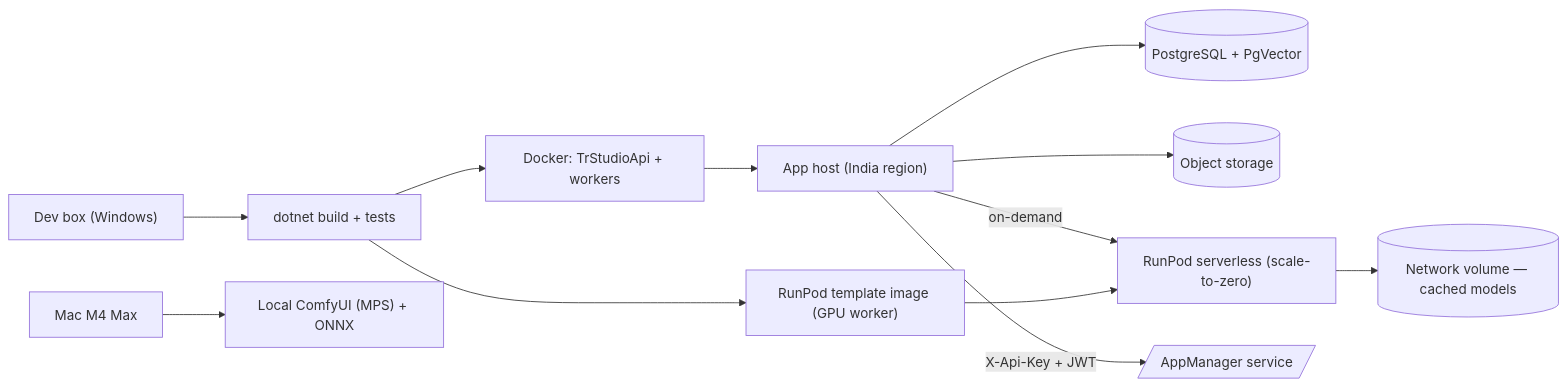
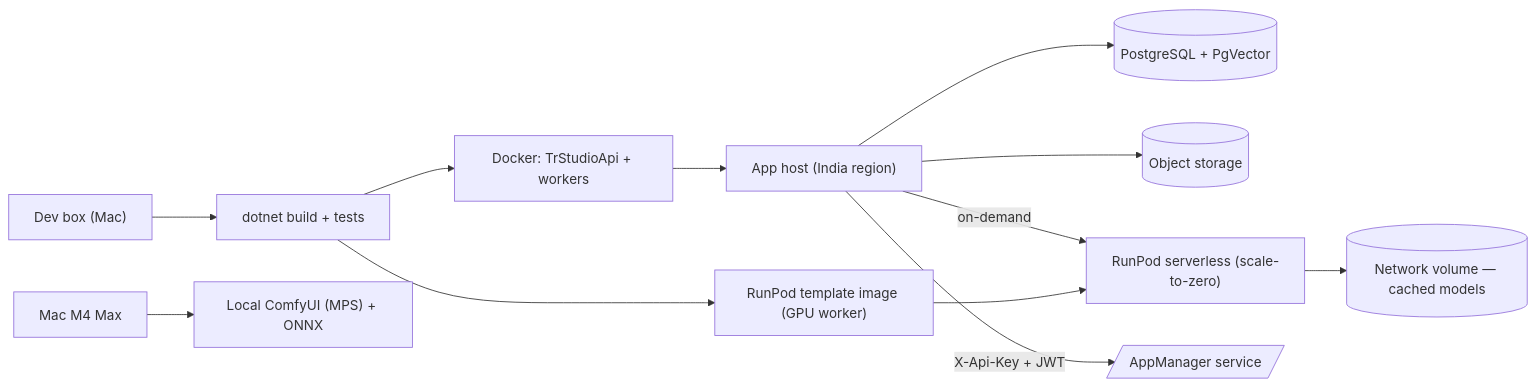
One commit to techierathore/TrStudio changed the ninth of 9 diagrams in docs/TrStudio-Architecture.md. Above: the diagram before and after it, drawn with Mermaid. The commit also changed other lines of this file and 197 other files, not shown here.

````diff
--- a/docs/TrStudio-Architecture.md
+++ b/docs/TrStudio-Architecture.md
@@ -543,14 +528,14 @@
 ```mermaid
 flowchart LR
-  Dev["Dev box (Windows)"] --> Build["dotnet build + tests"]
+  Dev["Dev box (Mac)"] --> Build["dotnet build + tests"]
   Build --> ApiImg["Docker: TrStudioApi + workers"]
   Build --> WorkerImg["RunPod template image (GPU worker)"]
   ApiImg --> Host["App host (India region)"]
   Host --> PG[("PostgreSQL + PgVector")]
   Host --> Obj[("Object storage")]
   Host -->|"on-demand"| RunPod["RunPod serverless (scale-to-zero)"]
   WorkerImg --> RunPod
   RunPod --> Vol[("Network volume — cached models")]
   Mac["Mac M4 Max"] --> LocalComfy["Local ComfyUI (MPS) + ONNX"]
   Host -->|"X-Api-Key + JWT"| AppMgr[/"AppManager service"/]
 ```
````
